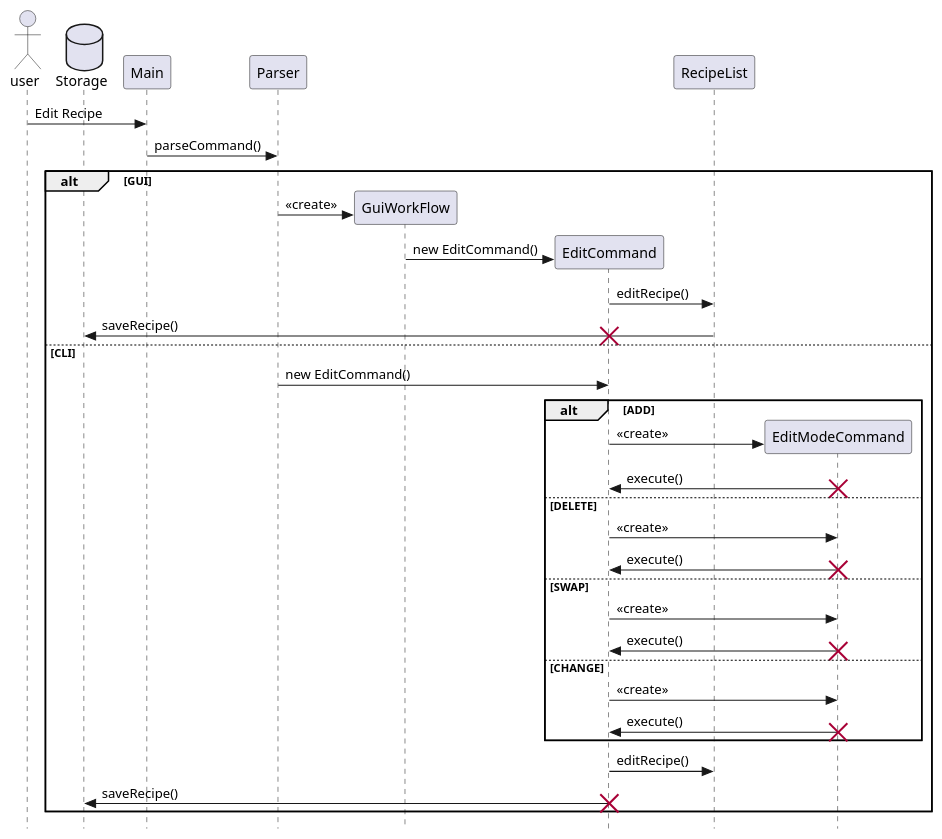
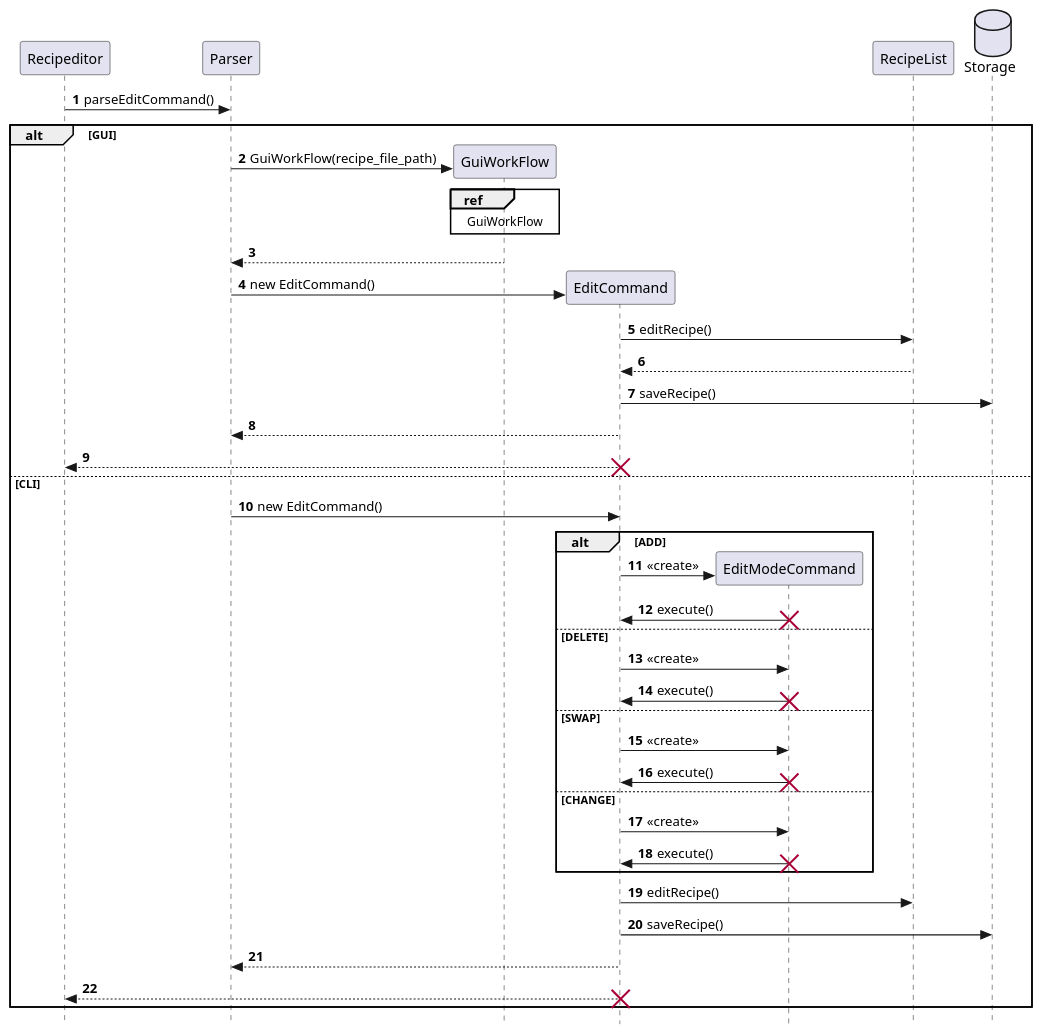
The diagram in docs/SequenceDiagram/Edit.puml (nus-cs2113-AY2223S1/tp), drawn with PlantUML before and after one commit. The commit also changed 22 other files, not shown here.

```diff
--- a/docs/SequenceDiagram/Edit.puml
+++ b/docs/SequenceDiagram/Edit.puml
@@ -1,44 +1,59 @@
 @startuml
+skinparam Style strictuml
+autonumber
 
-skinparam Style strictuml
-actor user
+participant Recipeditor
+participant Parser
+participant GuiWorkFlow
+participant EditCommand
+participant EditModeCommand
+participant RecipeList
+
 database Storage
 
-user -> Main : Edit Recipe
-Main -> Parser: parseCommand()
+Recipeditor -> Parser: parseEditCommand()
 create Parser
 
 alt GUI
 create GuiWorkFlow
-Parser -> GuiWorkFlow: <<create>>
+Parser -> GuiWorkFlow: GuiWorkFlow(recipe_file_path)
+ref over GuiWorkFlow
+GuiWorkFlow
+end
+GuiWorkFlow --> Parser
 create EditCommand
-GuiWorkFlow -> EditCommand: new EditCommand()
+Parser -> EditCommand: new EditCommand()
 EditCommand -> RecipeList: editRecipe()
-RecipeList -> Storage: saveRecipe()
+RecipeList --> EditCommand
+EditCommand -> Storage: saveRecipe()
+EditCommand --> Parser
+EditCommand --> Recipeditor
 destroy EditCommand
 else CLI
 Parser -> EditCommand: new EditCommand()
 create EditModeCommand
 alt ADD
 EditCommand -> EditModeCommand: <<create>>
 EditModeCommand -> EditCommand: execute()
 destroy EditModeCommand
 else DELETE
 EditCommand -> EditModeCommand: <<create>>
 EditModeCommand -> EditCommand: execute()
 destroy EditModeCommand
 else SWAP
 EditCommand -> EditModeCommand: <<create>>
 EditModeCommand -> EditCommand: execute()
 destroy EditModeCommand
 else CHANGE
 EditCommand -> EditModeCommand: <<create>>
 EditModeCommand -> EditCommand: execute()
 destroy EditModeCommand
 end
 EditCommand -> RecipeList: editRecipe()
 EditCommand -> Storage: saveRecipe()
+EditCommand --> Parser
+EditCommand --> Recipeditor
 destroy EditCommand
 end
 
 @enduml
```
